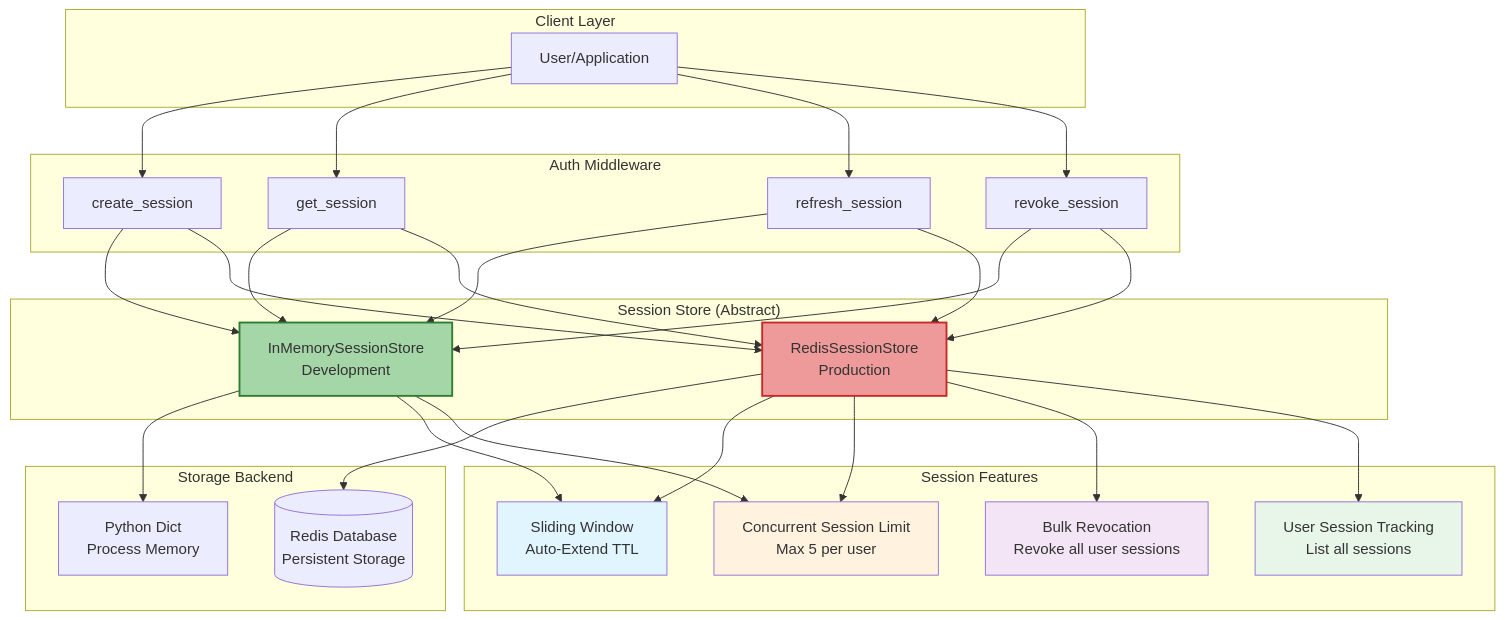
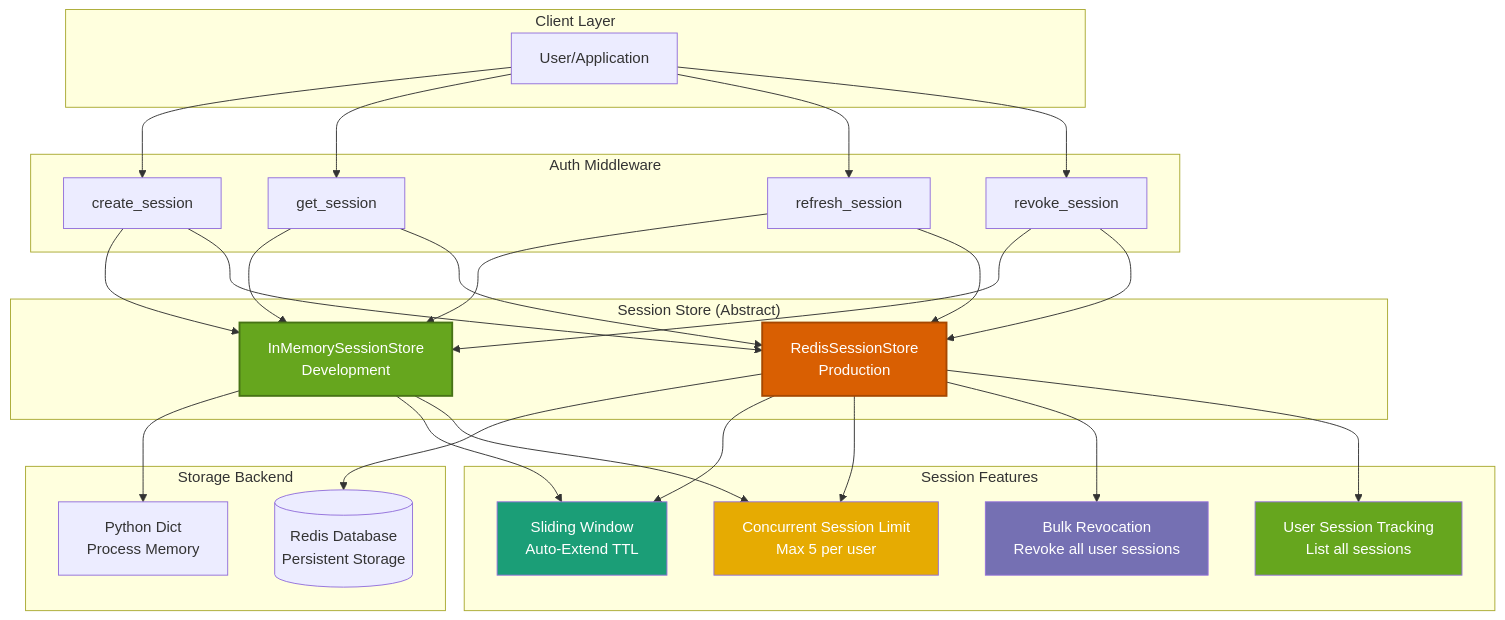
Before and after one commit to vishnu2kmohan/mcp-server-langgraph: the eighth of 10 diagrams in docs/diagrams/system-architecture.mdx, drawn with Mermaid. The commit also changed other lines of this file and 4 other files, not shown here.

First line of the commit message:
style: update Mermaid diagrams to dark mode-friendly ColorBrewer2 palette

````diff
--- a/docs/diagrams/system-architecture.mdx
+++ b/docs/diagrams/system-architecture.mdx
@@ -442,61 +442,61 @@
 ```mermaid
 graph TD
     subgraph Client_Layer["Client Layer"]
         User[User/Application]
     end
 
     subgraph Auth_Middleware["Auth Middleware"]
         CreateSession[create_session]
         GetSession[get_session]
         RefreshSession[refresh_session]
         RevokeSession[revoke_session]
     end
 
     subgraph Session_Store["Session Store (Abstract)"]
         InMemory[InMemorySessionStore<br/>Development]
         Redis[RedisSessionStore<br/>Production]
     end
 
     subgraph Storage_Backend["Storage Backend"]
         MemDict[Python Dict<br/>Process Memory]
         RedisDB[(Redis Database<br/>Persistent Storage)]
     end
 
     subgraph Features["Session Features"]
         Sliding[Sliding Window<br/>Auto-Extend TTL]
         ConcurrentLimit[Concurrent Session Limit<br/>Max 5 per user]
         BulkRevoke[Bulk Revocation<br/>Revoke all user sessions]
         Tracking[User Session Tracking<br/>List all sessions]
     end
 
     User --> CreateSession
     User --> GetSession
     User --> RefreshSession
     User --> RevokeSession
 
     CreateSession --> InMemory
     CreateSession --> Redis
     GetSession --> InMemory
     GetSession --> Redis
     RefreshSession --> InMemory
     RefreshSession --> Redis
     RevokeSession --> InMemory
     RevokeSession --> Redis
 
     InMemory --> MemDict
     Redis --> RedisDB
 
     InMemory --> Sliding
     InMemory --> ConcurrentLimit
     Redis --> Sliding
     Redis --> ConcurrentLimit
     Redis --> BulkRevoke
     Redis --> Tracking
 
-    style InMemory fill:#a5d6a7,stroke:#2e7d32,stroke-width:2px
-    style Redis fill:#ef9a9a,stroke:#c62828,stroke-width:2px
-    style Sliding fill:#e1f5ff
-    style ConcurrentLimit fill:#fff3e0
-    style BulkRevoke fill:#f3e5f5
-    style Tracking fill:#e8f5e9
+    style InMemory fill:#66a61e,stroke:#477315,stroke-width:2px,color:#fff
+    style Redis fill:#d95f02,stroke:#a64801,stroke-width:2px,color:#fff
+    style Sliding fill:#1b9e77,color:#fff
+    style ConcurrentLimit fill:#e6ab02,color:#fff
+    style BulkRevoke fill:#7570b3,color:#fff
+    style Tracking fill:#66a61e,color:#fff
 ```
````
